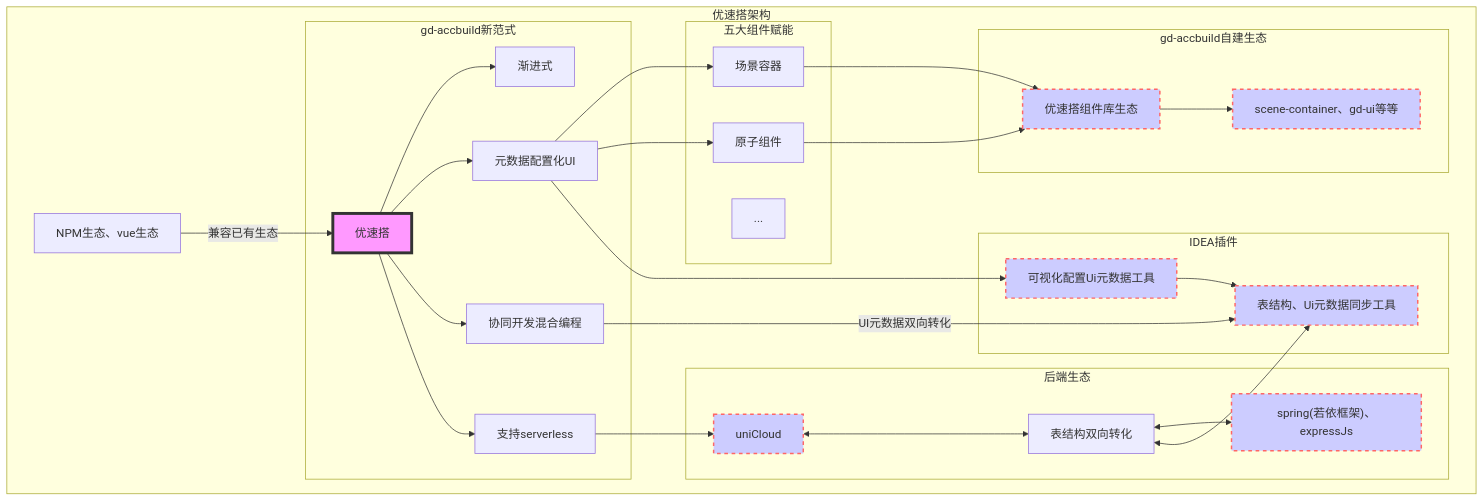
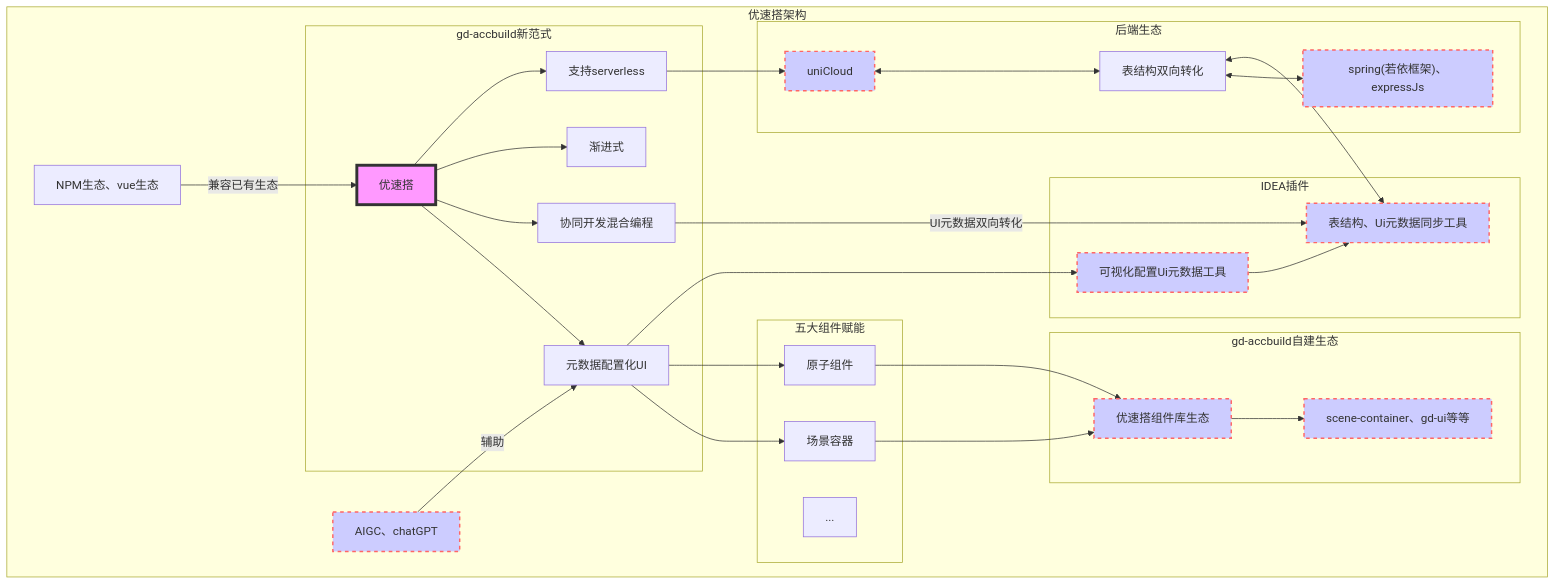
Before and after one commit to ailuhaosi/easy-gen-doc: the second of 2 diagrams in gd-accbuild-doc/zh/guide/preface.md, drawn with Mermaid. The commit also changed other lines of this file and 297 other files, not shown here.

````diff
--- a/gd-accbuild-doc/zh/guide/preface.md
+++ b/gd-accbuild-doc/zh/guide/preface.md
@@ -83,40 +85,42 @@
 ```mermaid
 flowchart TD
     subgraph 优速搭架构
         gd_org["NPM生态、vue生态"] -->|兼容已有生态| gd["优速搭"]
         style gd fill:#f9f,stroke:#333,stroke-width:4px
+        AIGC["AIGC、chatGPT"] -->|辅助| gd_feature2["元数据配置化UI"]
         subgraph gd-accbuild新范式
-            gd --> gd_feature["渐进式"]
             gd --> gd_feature2["元数据配置化UI"]
             gd --> gd_feature3["协同开发混合编程"]
+            gd --> gd_feature["渐进式"]
             gd --> gd_feature4["支持serverless"]
         end
         subgraph 五大组件赋能
             gd_feature2 --> gd_scene["场景容器"]
             gd_feature2 --> gd_atomic["原子组件"]
             gd_other["..."]
         end
         subgraph gd-accbuild自建生态
             gd_scene --> gd_生态["优速搭组件库生态"]
             gd_atomic --> gd_生态["优速搭组件库生态"]
             gd_生态 --> gd_子生态["scene-container、gd-ui等等"]
         end
         subgraph IDEA插件
             gd_feature2 --> gd_visual["可视化配置Ui元数据工具"]
             gd_feature3 -->|UI元数据双向转化| gd_metaSync["表结构、Ui元数据同步工具"]
             gd_visual --> gd_metaSync
         end
         subgraph 后端生态
             gd_feature4 --> gd_uniCloud["uniCloud"]
             gd_uniCloud <--> gd_ideaData["表结构双向转化"]
             gd_ideaData <--> gd_backend["spring(若依框架)、expressJs"]
             gd_ideaData <--> gd_metaSync
         end
     end
+style AIGC fill: #ccf, stroke: #f66, stroke-width: 2px, stroke-dasharray: 5,5;
 style gd_生态 fill: #ccf, stroke: #f66, stroke-width: 2px, stroke-dasharray: 5,5;
 style gd_子生态 fill: #ccf, stroke: #f66, stroke-width: 2px, stroke-dasharray: 5,5;
 style gd_uniCloud fill: #ccf, stroke: #f66, stroke-width: 2px, stroke-dasharray: 5,5;
 style gd_backend fill: #ccf, stroke: #f66, stroke-width: 2px, stroke-dasharray: 5,5;
 style gd_visual fill: #ccf, stroke: #f66, stroke-width: 2px, stroke-dasharray: 5,5;
 style gd_metaSync fill: #ccf, stroke: #f66, stroke-width: 2px, stroke-dasharray: 5,5;
 ```
````
